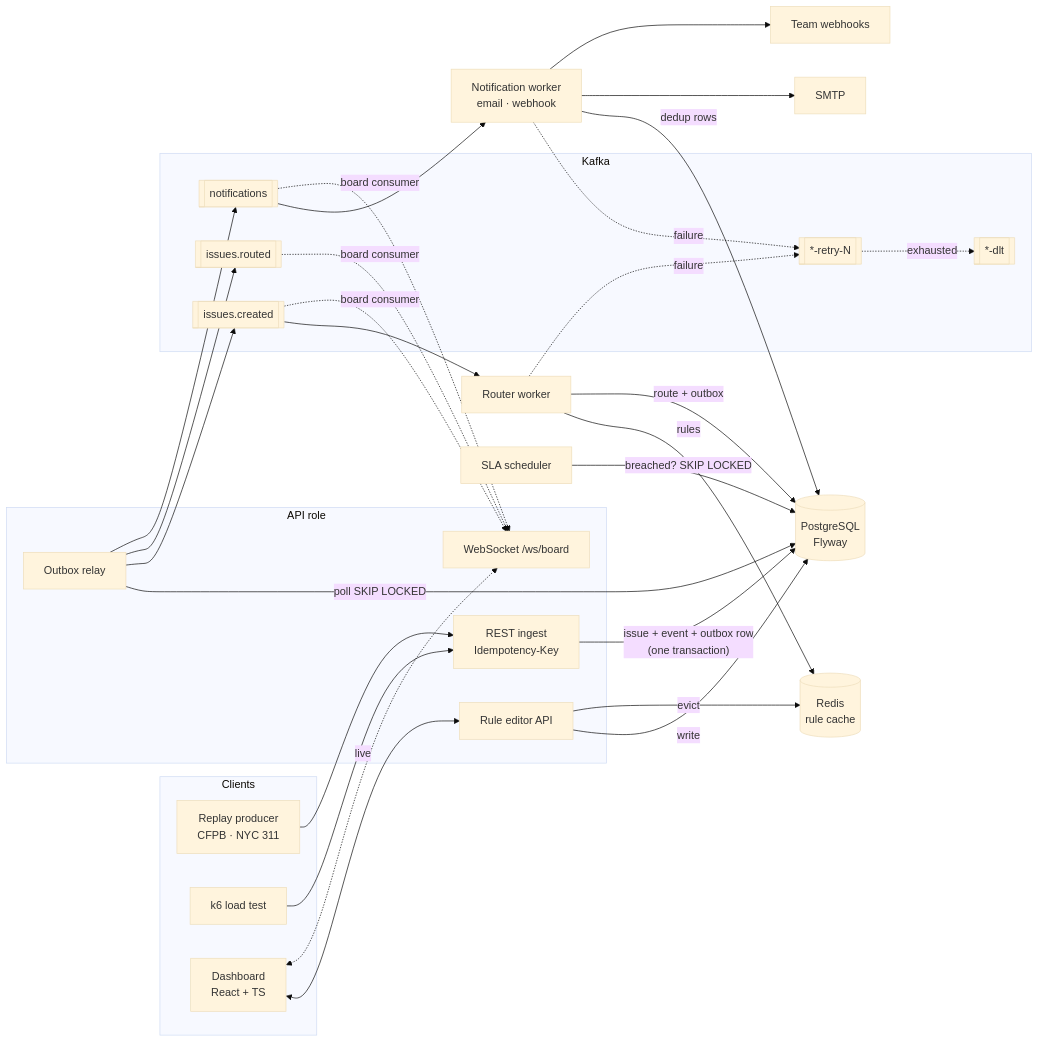
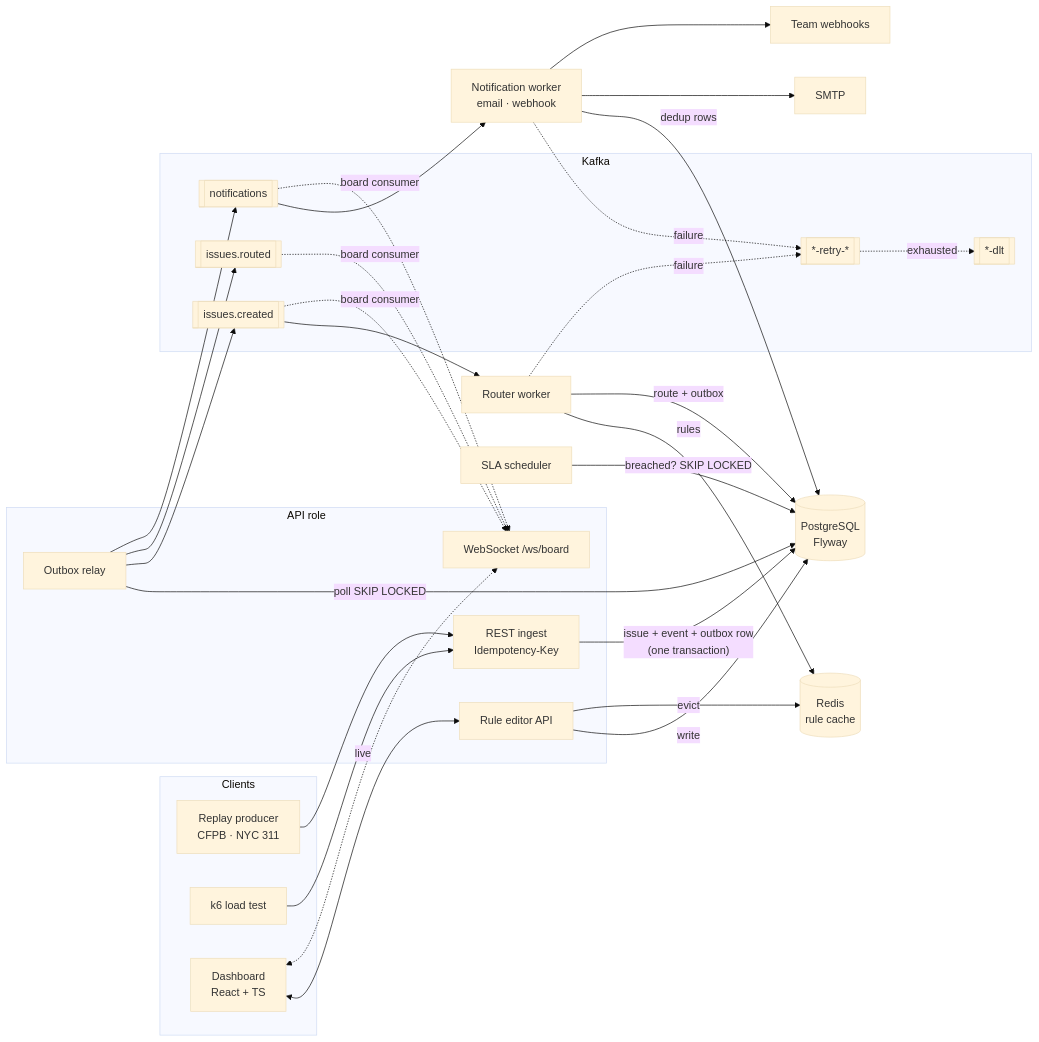
The diagram in README.md (hkilaru09/routeiq), drawn with Mermaid (base theme) before and after one commit. The commit also changed other lines of this file and 6 other files, not shown here.

````diff
--- a/README.md
+++ b/README.md
@@ -12,49 +12,49 @@
 ```mermaid
 flowchart LR
     subgraph clients[Clients]
         replay[Replay producer<br/>CFPB · NYC 311]
         k6[k6 load test]
         ui[Dashboard<br/>React + TS]
     end
 
     subgraph api[API role]
         rest[REST ingest<br/>Idempotency-Key]
         rules_api[Rule editor API]
         ws[WebSocket /ws/board]
         relay[Outbox relay]
     end
 
     pg[(PostgreSQL<br/>Flyway)]
     redis[(Redis<br/>rule cache)]
 
     subgraph kafka[Kafka]
         created[[issues.created]]
         routed[[issues.routed]]
         notif[[notifications]]
-        retry[[*-retry-N]]
+        retry[[*-retry-*]]
         dlt[[*-dlt]]
     end
 
     router[Router worker]
     notifier[Notification worker<br/>email · webhook]
     sla[SLA scheduler]
 
     replay & k6 --> rest
     ui <--> rules_api
     ui <-. live .-> ws
     rest -- "issue + event + outbox row<br/>(one transaction)" --> pg
     rules_api -- write --> pg
     rules_api -- evict --> redis
     relay -- "poll SKIP LOCKED" --> pg
     relay --> created & routed & notif
     created --> router
     router -- rules --> redis
     router -- "route + outbox" --> pg
     notif --> notifier
     notifier -- dedup rows --> pg
     notifier --> smtp[SMTP]
     notifier --> hooks[Team webhooks]
     sla -- "breached? SKIP LOCKED" --> pg
     router & notifier -. failure .-> retry -. exhausted .-> dlt
     created & routed & notif -. board consumer .-> ws
 ```
````
